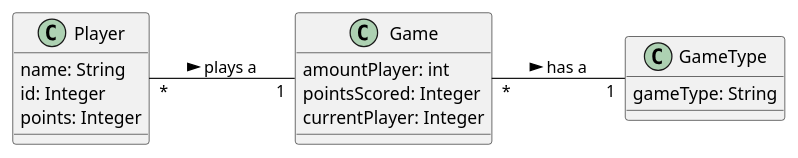
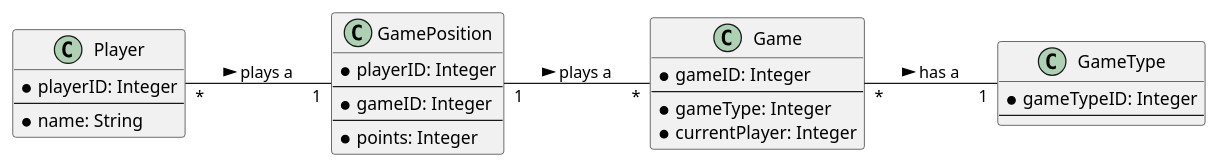
Before and after one commit to 2223-3bhif-syp/Dart-Scoring-App: the diagram in asciidocs/classDiagram.adoc, drawn with PlantUML. The commit also changed 1 other file, not shown here.

Commit message:
CLD verbessert

```diff
--- a/asciidocs/classDiagram.adoc
+++ b/asciidocs/classDiagram.adoc
@@ -1,24 +1,35 @@
 [plantuml, target=diagram-classes, format=png]
 ....
 left to right direction
 
 class GameType{
-    gameType: String
+* gameTypeID: Integer
+--
 }
 
 class Player{
-    name: String
-    id: Integer
-    points: Integer
+* playerID: Integer
+--
+* name: String
 }
 
 class Game{
-    amountPlayer: int
-    pointsScored: Integer
-    currentPlayer: Integer
+* gameID: Integer
+--
+* gameType: Integer
+* currentPlayer: Integer
 }
 
-Player "*"--"1" Game : plays a >
+class GamePosition{
+* playerID: Integer
+--
+* gameID: Integer
+--
+* points: Integer
+}
+
+Player "*"--"1" GamePosition : plays a >
+GamePosition "1"--"*" Game : plays a >
 Game "*"--"1" GameType : has a >
 
 ....
```
